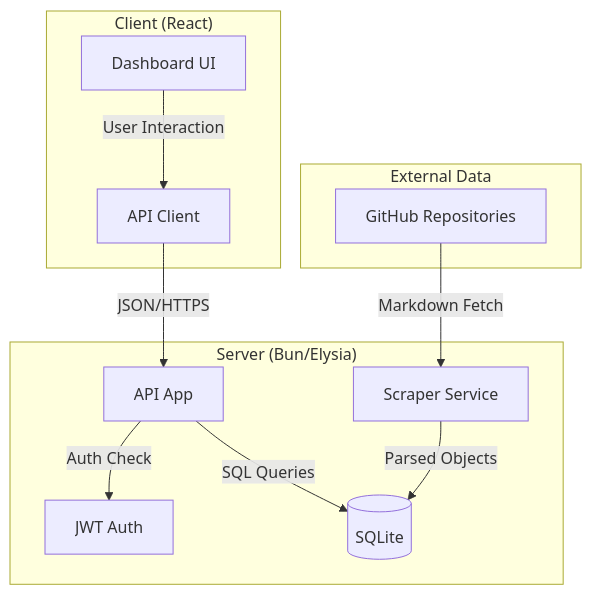
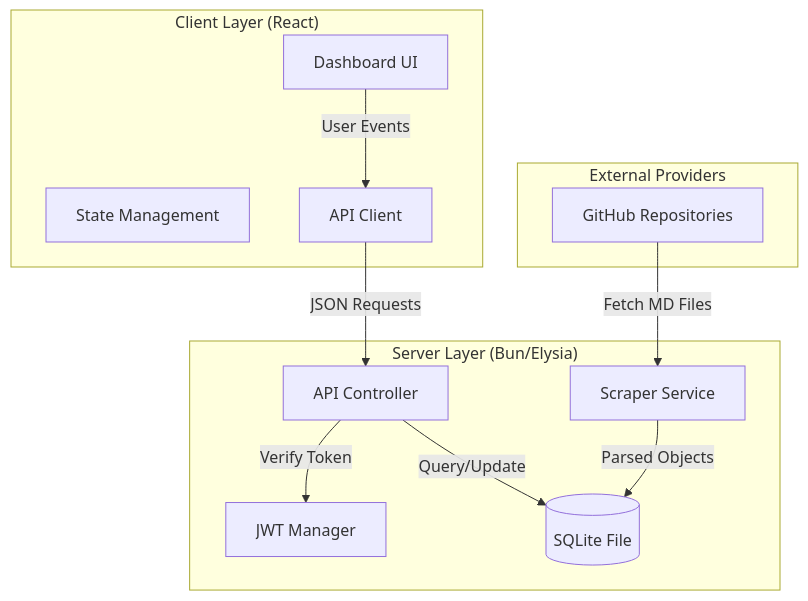
One commit to WomB0ComB0/job-dashboard changed the first of 3 diagrams in README.md. Above: the diagram before and after it, drawn with Mermaid. The commit also changed other lines of this file, not shown here.

````diff
--- a/README.md
+++ b/README.md
@@ -66,25 +67,26 @@
 ```mermaid
 graph TD
-    subgraph "External Data"
+    subgraph "External Providers"
         GH[GitHub Repositories]
     end
 
-    subgraph "Server (Bun/Elysia)"
-        Srv[API App]
+    subgraph "Server Layer (Bun/Elysia)"
+        Srv[API Controller]
         Scraper[Scraper Service]
-        Auth[JWT Auth]
-        DB[(SQLite)]
+        Auth[JWT Manager]
+        DB[(SQLite File)]
     end
 
-    subgraph "Client (React)"
+    subgraph "Client Layer (React)"
         UI[Dashboard UI]
+        Store[State Management]
         API_C[API Client]
     end
 
-    GH -- "Markdown Fetch" --> Scraper
+    GH -- "Fetch MD Files" --> Scraper
     Scraper -- "Parsed Objects" --> DB
-    UI -- "User Interaction" --> API_C
-    API_C -- "JSON/HTTPS" --> Srv
-    Srv -- "SQL Queries" --> DB
-    Srv -- "Auth Check" --> Auth
+    UI -- "User Events" --> API_C
+    API_C -- "JSON Requests" --> Srv
+    Srv -- "Query/Update" --> DB
+    Srv -- "Verify Token" --> Auth
 ```
````
